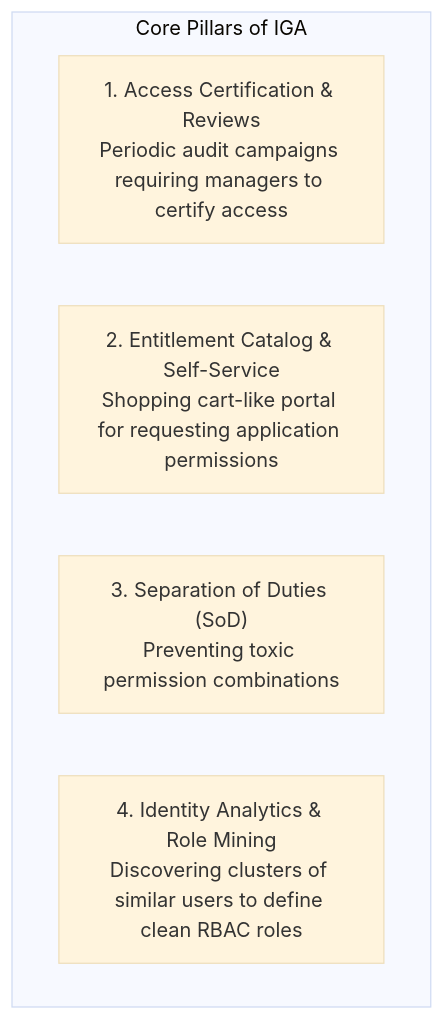
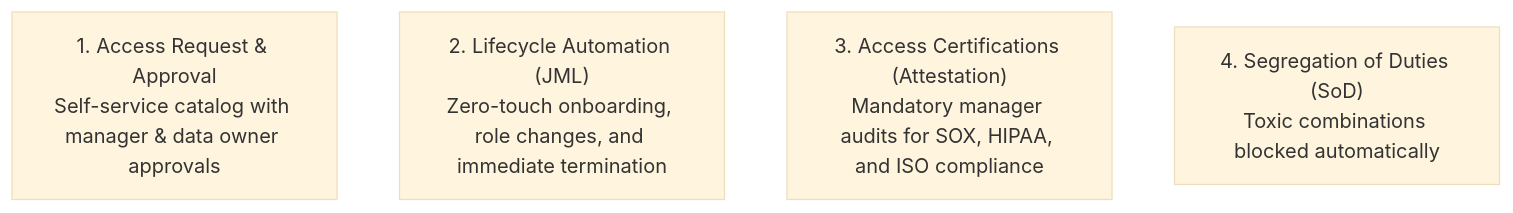
One commit to varunks04/CBS-Roleplay changed the second of 2 diagrams in IAM/02_Core_Concepts/06_Identity_Governance_and_Administration_IGA.md. Above: the diagram before and after it, drawn with Mermaid (base theme). The commit also changed other lines of this file and 37 other files, not shown here.

````diff
--- a/IAM/02_Core_Concepts/06_Identity_Governance_and_Administration_IGA.md
+++ b/IAM/02_Core_Concepts/06_Identity_Governance_and_Administration_IGA.md
@@ -22,9 +48,7 @@
 ```mermaid
 graph TD
-    subgraph "Core Pillars of IGA"
-        P1["1. Access Certification & Reviews<br>Periodic audit campaigns requiring managers to certify access"]
-        P2["2. Entitlement Catalog & Self-Service<br>Shopping cart-like portal for requesting application permissions"]
-        P3["3. Separation of Duties (SoD)<br>Preventing toxic permission combinations"]
-        P4["4. Identity Analytics & Role Mining<br>Discovering clusters of similar users to define clean RBAC roles"]
-    end
+    P1["1. Access Request & Approval<br/>Self-service catalog with manager & data owner approvals"]
+    P2["2. Lifecycle Automation (JML)<br/>Zero-touch onboarding, role changes, and immediate termination"]
+    P3["3. Access Certifications (Attestation)<br/>Mandatory manager audits for SOX, HIPAA, and ISO compliance"]
+    P4["4. Segregation of Duties (SoD)<br/>Toxic combinations blocked automatically"]
 ```
````
